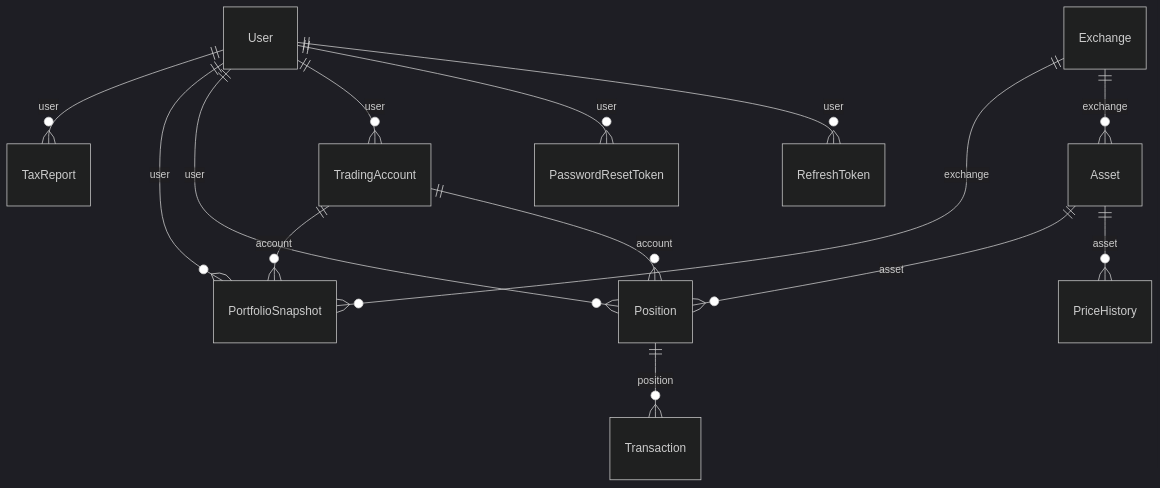
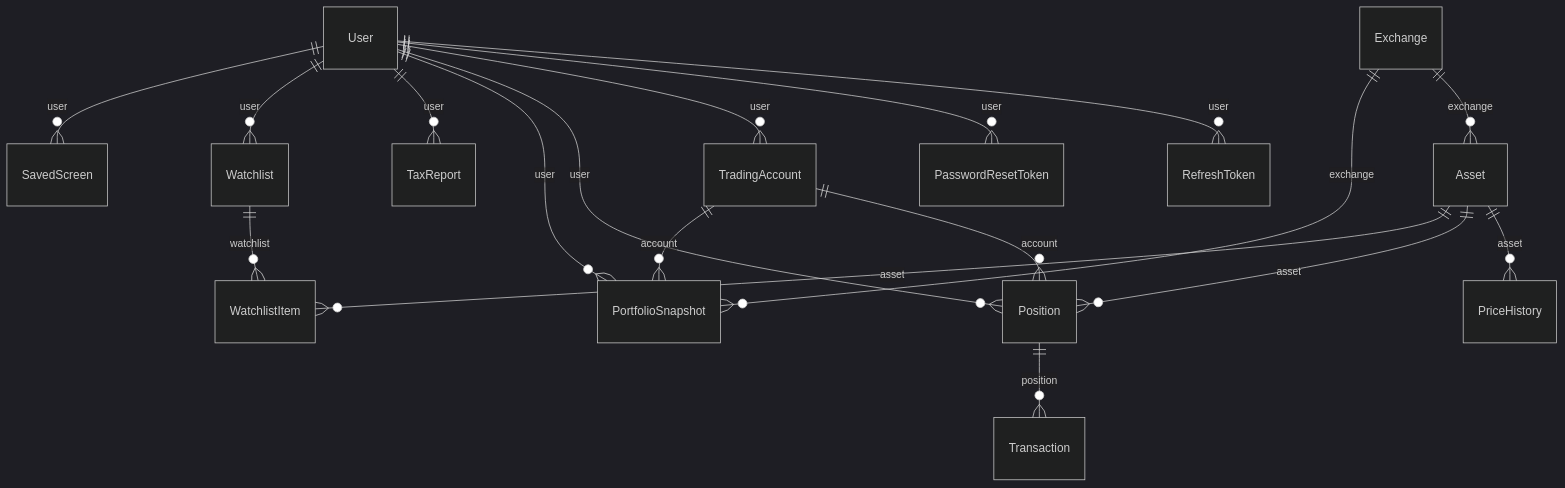
The diagram in context/data-model.md (bruno-frascino/piggy-api), drawn with Mermaid (dark theme) before and after one commit. The commit also changed other lines of this file and 20 other files, not shown here.

````diff
--- a/context/data-model.md
+++ b/context/data-model.md
@@ -8,16 +8,20 @@
 ```mermaid
 erDiagram
     User ||--o{ RefreshToken : "user"
     User ||--o{ PasswordResetToken : "user"
     User ||--o{ TradingAccount : "user"
     Exchange ||--o{ Asset : "exchange"
     Asset ||--o{ PriceHistory : "asset"
     User ||--o{ Position : "user"
     Asset ||--o{ Position : "asset"
     TradingAccount ||--o{ Position : "account"
     Position ||--o{ Transaction : "position"
     User ||--o{ PortfolioSnapshot : "user"
     TradingAccount ||--o{ PortfolioSnapshot : "account"
     Exchange ||--o{ PortfolioSnapshot : "exchange"
     User ||--o{ TaxReport : "user"
+    User ||--o{ Watchlist : "user"
+    Watchlist ||--o{ WatchlistItem : "watchlist"
+    Asset ||--o{ WatchlistItem : "asset"
+    User ||--o{ SavedScreen : "user"
 ```
````
